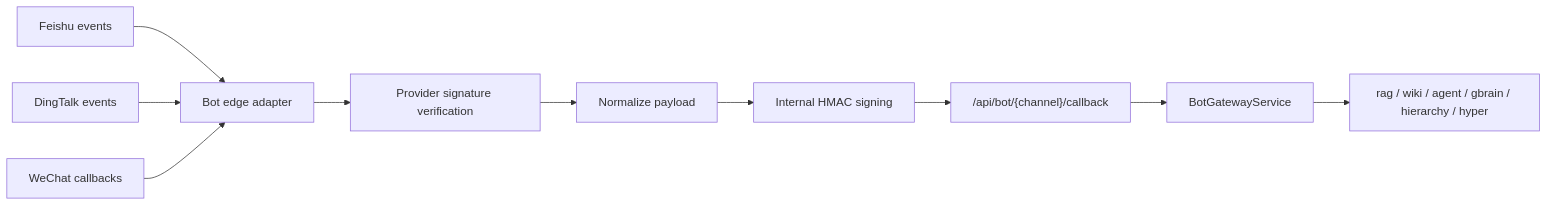
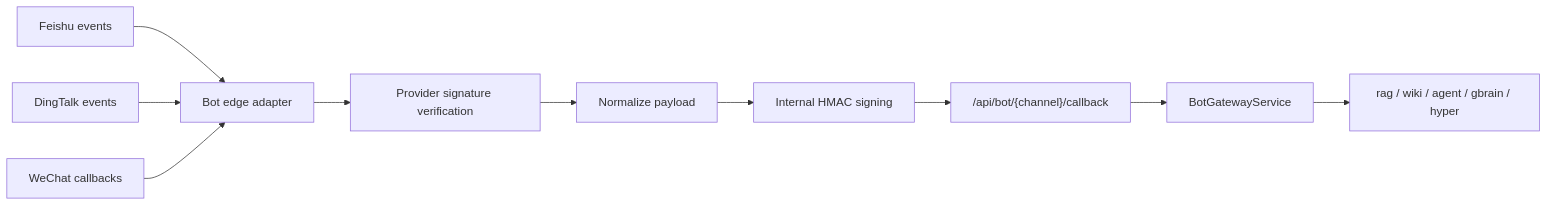
The diagram in docs/BOT-INTEGRATION.md (Harzva/HyperMemory), drawn with Mermaid before and after one commit. The commit also changed other lines of this file and 25 other files, not shown here.

````diff
--- a/docs/BOT-INTEGRATION.md
+++ b/docs/BOT-INTEGRATION.md
@@ -7,12 +7,12 @@
 ```mermaid
 flowchart LR
     Feishu["Feishu events"] --> Edge["Bot edge adapter"]
     DingTalk["DingTalk events"] --> Edge
     WeChat["WeChat callbacks"] --> Edge
     Edge --> Verify["Provider signature verification"]
     Verify --> Normalize["Normalize payload"]
     Normalize --> Sign["Internal HMAC signing"]
     Sign --> API["/api/bot/{channel}/callback"]
     API --> Route["BotGatewayService"]
-    Route --> Mode["rag / wiki / agent / gbrain / hierarchy / hyper"]
+    Route --> Mode["rag / wiki / agent / gbrain / hyper"]
 ```
````
